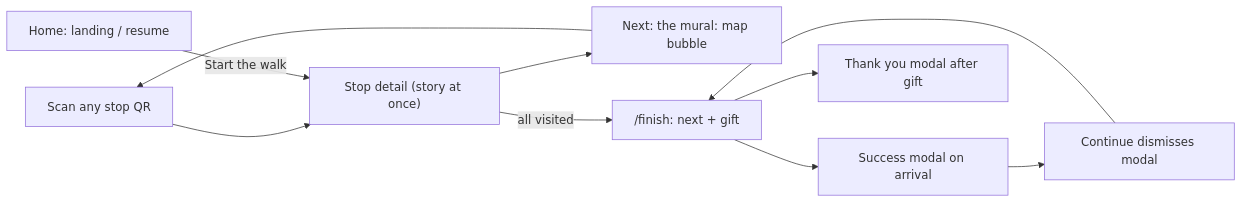
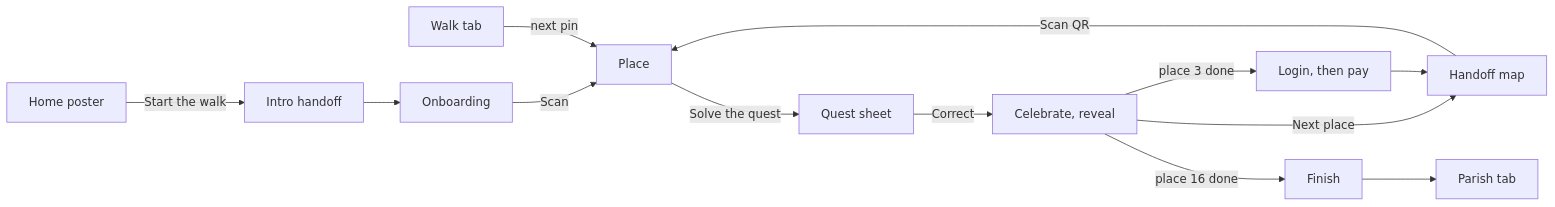
One commit to Shiroatama/lakaw-katedral changed the diagram in docs/DESIGN.md. Above: the diagram before and after it, drawn with Mermaid. The commit also changed other lines of this file and 89 other files, not shown here.

````diff
--- a/docs/DESIGN.md
+++ b/docs/DESIGN.md
@@ -89,12 +109,15 @@
 ```mermaid
 flowchart LR
-  QR1["Scan any stop QR"] --> POI["Stop detail (story at once)"]
-  Home["Home: landing / resume"] -->|Start the walk| POI
-  POI --> Find["Next: the mural: map bubble"]
-  Find --> QR1
-  POI -->|all visited| Fin["/finish: next + gift"]
-  Fin --> Suc["Success modal on arrival"]
-  Suc --> Cont[Continue dismisses modal]
-  Cont --> Fin
-  Fin --> TY["Thank you modal after gift"]
+  Home["Home poster"] -->|Start the walk| Intro["Intro handoff"]
+  Intro --> Onb["Onboarding"]
+  Onb -->|Scan| Place["Place"]
+  Walk["Walk tab"] -->|next pin| Place
+  Place -->|Solve the quest| Sheet["Quest sheet"]
+  Sheet -->|Correct| Reveal["Celebrate, reveal"]
+  Reveal -->|Next place| Handoff["Handoff map"]
+  Handoff -->|Scan QR| Place
+  Reveal -->|place 3 done| Gate["Login, then pay"]
+  Gate --> Handoff
+  Reveal -->|place 16 done| Finish["Finish"]
+  Finish --> Parish["Parish tab"]
 ```
````
